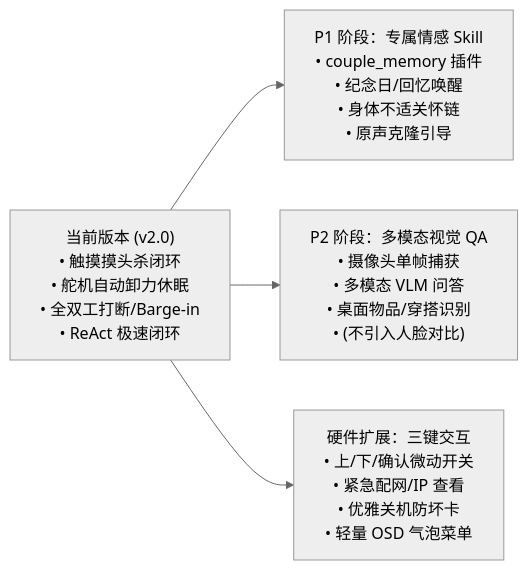
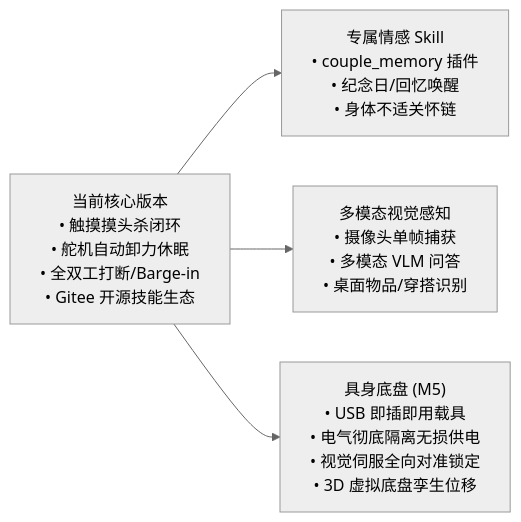
The first of 3 diagrams in docs/ROADMAP.md (Yugle/PIG), drawn with Mermaid (neutral theme) before and after one commit. The commit also changed other lines of this file, not shown here.

Commit message:
docs(roadmap): add M5 USB modular mobile chassis and embodied navigation specification

````diff
--- a/docs/ROADMAP.md
+++ b/docs/ROADMAP.md
@@ -20,11 +21,11 @@
 ```mermaid
 flowchart LR
-    Current["当前版本 (v2.0)<br/>• 触摸摸头杀闭环<br/>• 舵机自动卸力休眠<br/>• 全双工打断/Barge-in<br/>• ReAct 极速闭环"]
-    NextP1["P1 阶段：专属情感 Skill<br/>• couple_memory 插件<br/>• 纪念日/回忆唤醒<br/>• 身体不适关怀链<br/>• 原声克隆引导"]
-    NextP2["P2 阶段：多模态视觉 QA<br/>• 摄像头单帧捕获<br/>• 多模态 VLM 问答<br/>• 桌面物品/穿搭识别<br/>• (不引入人脸对比)"]
-    NextHW["硬件扩展：三键交互<br/>• 上/下/确认微动开关<br/>• 紧急配网/IP 查看<br/>• 优雅关机防坏卡<br/>• 轻量 OSD 气泡菜单"]
+    Current["当前核心版本<br/>• 触摸摸头杀闭环<br/>• 舵机自动卸力休眠<br/>• 全双工打断/Barge-in<br/>• Gitee 开源技能生态"]
+    NextP1["专属情感 Skill<br/>• couple_memory 插件<br/>• 纪念日/回忆唤醒<br/>• 身体不适关怀链"]
+    NextP2["多模态视觉感知<br/>• 摄像头单帧捕获<br/>• 多模态 VLM 问答<br/>• 桌面物品/穿搭识别"]
+    NextM5["具身底盘 (M5)<br/>• USB 即插即用载具<br/>• 电气彻底隔离无损供电<br/>• 视觉伺服全向对准锁定<br/>• 3D 虚拟底盘孪生位移"]
 
     Current --> NextP1
     Current --> NextP2
-    Current --> NextHW
+    Current --> NextM5
 ```
````
